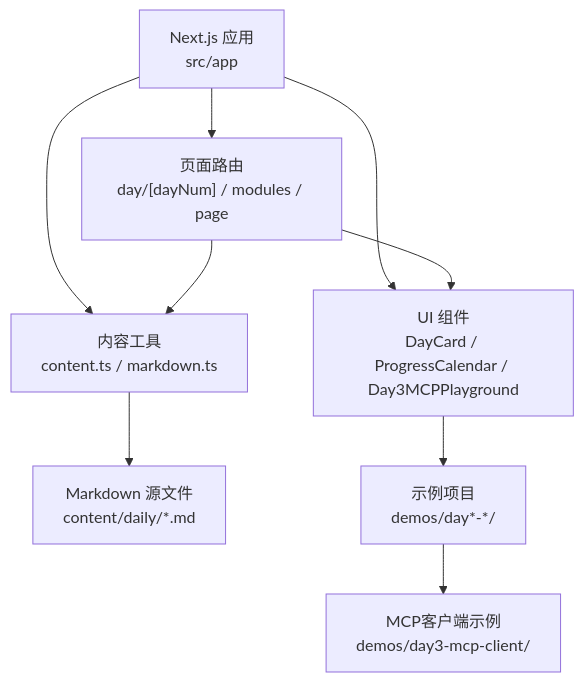
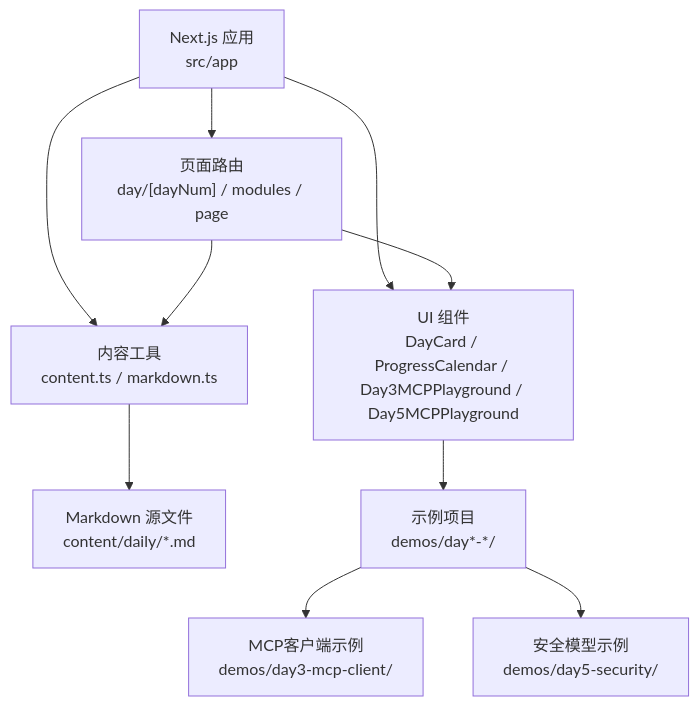
One commit to Leslie-Chuan/classic-example changed the first of 4 diagrams in .qoder/repowiki/zh/content/每日学习内容.md. Above: the diagram before and after it, drawn with Mermaid. The commit also changed other lines of this file and 49 other files, not shown here.

````diff
--- a/.qoder/repowiki/zh/content/每日学习内容.md
+++ b/.qoder/repowiki/zh/content/每日学习内容.md
@@ -50,11 +54,12 @@
 ```mermaid
 graph TB
 A["Next.js 应用<br/>src/app"] --> B["页面路由<br/>day/[dayNum] / modules / page"]
-A --> C["UI 组件<br/>DayCard / ProgressCalendar / Day3MCPPlayground"]
+A --> C["UI 组件<br/>DayCard / ProgressCalendar / Day3MCPPlayground / Day5MCPPlayground"]
 A --> D["内容工具<br/>content.ts / markdown.ts"]
 D --> E["Markdown 源文件<br/>content/daily/*.md"]
 C --> F["示例项目<br/>demos/day*-*/"]
 B --> C
 B --> D
 F --> G["MCP客户端示例<br/>demos/day3-mcp-client/"]
+F --> H["安全模型示例<br/>demos/day5-security/"]
 ```
````
